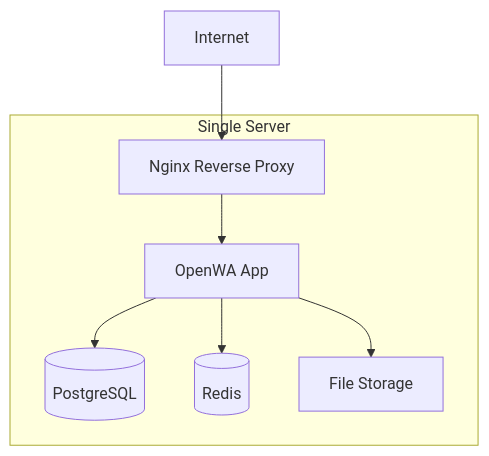
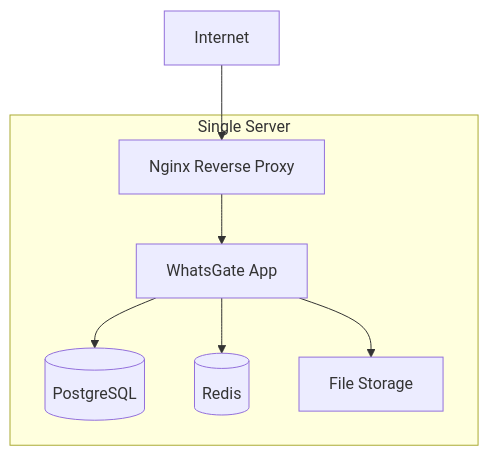
Before and after one commit to liminal-loop/whatsgate: the second of 5 diagrams in docs/10-devops-infrastructure.md, drawn with Mermaid. The commit also changed other lines of this file and 46 other files, not shown here.

Commit message:
chore: rebrand OpenWA to WhatsGate across app and docs

````diff
--- a/docs/10-devops-infrastructure.md
+++ b/docs/10-devops-infrastructure.md
@@ -347,12 +347,12 @@
 ```mermaid
 flowchart TB
     subgraph Server["Single Server"]
         NGINX[Nginx Reverse Proxy]
-        NGINX --> APP[OpenWA App]
+        NGINX --> APP[WhatsGate App]
         APP --> PG[(PostgreSQL)]
         APP --> RD[(Redis)]
         APP --> FS[File Storage]
     end
     
     Internet --> NGINX
 ```
````
